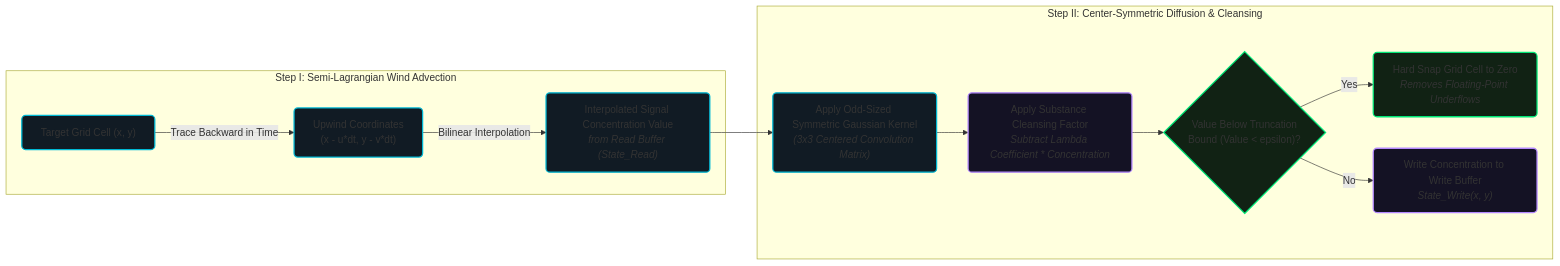
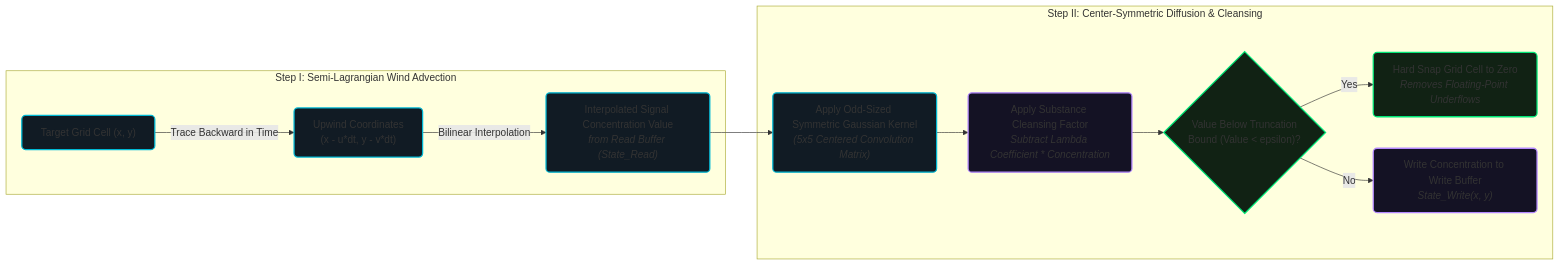
The first of 2 diagrams in docs/scientific_model/reaction_diffusion.md (foersben/PHIDS), drawn with Mermaid before and after one commit. The commit also changed other lines of this file and 220 other files, not shown here.

First line of the commit message:
release: v0.10.0 - OpenMP JIT Parallelization, Subnormal FTZ Optimizations & Stage 1B Roadmap

````diff
--- a/docs/scientific_model/reaction_diffusion.md
+++ b/docs/scientific_model/reaction_diffusion.md
@@ -74,24 +65,24 @@
 ```mermaid
 flowchart LR
     subgraph Step_1 ["Step I: Semi-Lagrangian Wind Advection"]
         A["Target Grid Cell (x, y)"] -->|Trace Backward in Time| B["Upwind Coordinates<br>(x - u*dt, y - v*dt)"]
         B -->|Bilinear Interpolation| C["Interpolated Signal Concentration Value<br><i>from Read Buffer (State_Read)</i>"]
     end
 
     subgraph Step_2 ["Step II: Center-Symmetric Diffusion & Cleansing"]
-        C --> D["Apply Odd-Sized Symmetric Gaussian Kernel<br><i>(3x3 Centered Convolution Matrix)</i>"]
+        C --> D["Apply Odd-Sized Symmetric Gaussian Kernel<br><i>(5x5 Centered Convolution Matrix)</i>"]
         D --> E["Apply Substance Cleansing Factor<br><i>Subtract Lambda Coefficient * Concentration</i>"]
         E --> F{"Value Below Truncation<br>Bound (Value < epsilon)?"}
         F -- Yes --> G["Hard Snap Grid Cell to Zero<br><i>Removes Floating-Point Underflows</i>"]
         F -- No --> H["Write Concentration to Write Buffer<br><i>State_Write(x, y)</i>"]
     end
 
     %% Class Allocations
     classDef stateData fill:#111b24,stroke:#00b8d4,stroke-width:2px,rx:6px,ry:6px;
     classDef coreSys fill:#141224,stroke:#b388ff,stroke-width:2px,rx:6px,ry:6px;
     classDef shortcut fill:#112214,stroke:#00e676,stroke-width:2px,rx:6px,ry:6px;
 
     class A,B,C,D stateData
     class E,H coreSys
     class F,G shortcut
 ```
````
